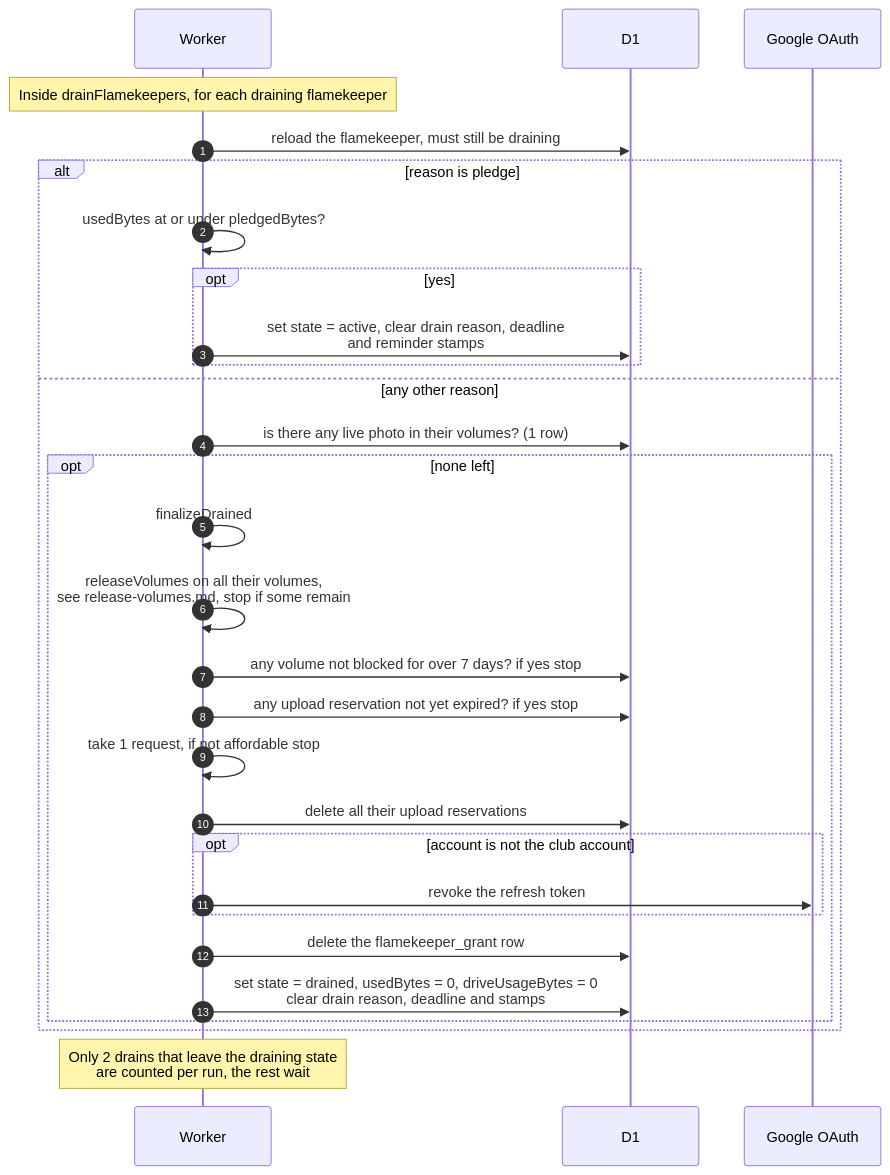
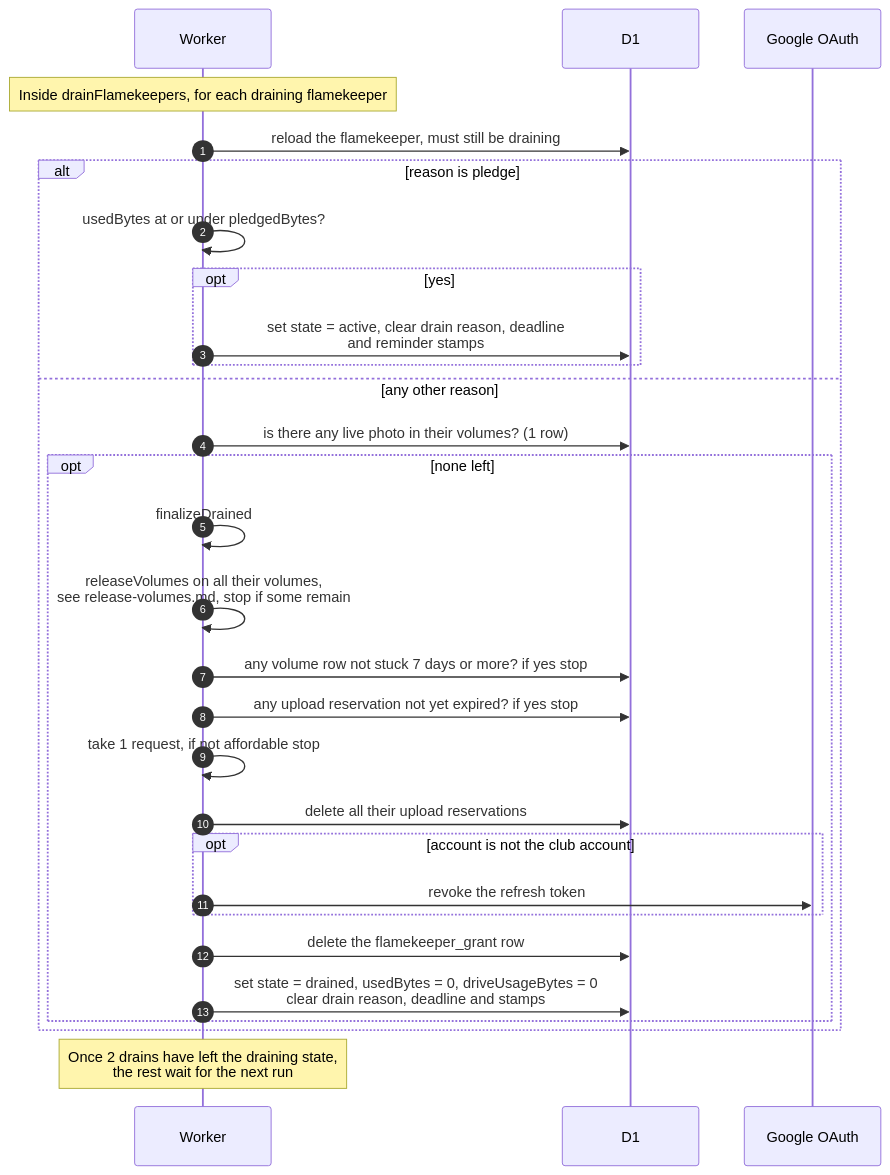
One commit to sagyzdop/meriksirat changed the diagram in docs/scenarios/cron/flamekeepers/drain-finish.md. Above: the diagram before and after it, drawn with Mermaid. The commit also changed other lines of this file and 10 other files, not shown here.

Commit message:
docs(scenarios): verify cron/flamekeepers diagrams against code

````diff
--- a/docs/scenarios/cron/flamekeepers/drain-finish.md
+++ b/docs/scenarios/cron/flamekeepers/drain-finish.md
@@ -39,32 +41,32 @@
 ```mermaid
 sequenceDiagram
     autonumber
     participant Worker
     participant D1
     participant GO as Google OAuth
 
     Note over Worker: Inside drainFlamekeepers, for each draining flamekeeper
     Worker->>D1: reload the flamekeeper, must still be draining
     alt reason is pledge
         Worker->>Worker: usedBytes at or under pledgedBytes?
         opt yes
             Worker->>D1: set state = active, clear drain reason, deadline<br/>and reminder stamps
         end
     else any other reason
         Worker->>D1: is there any live photo in their volumes? (1 row)
         opt none left
             Worker->>Worker: finalizeDrained
             Worker->>Worker: releaseVolumes on all their volumes,<br/>see release-volumes.md, stop if some remain
-            Worker->>D1: any volume not blocked for over 7 days? if yes stop
+            Worker->>D1: any volume row not stuck 7 days or more? if yes stop
             Worker->>D1: any upload reservation not yet expired? if yes stop
             Worker->>Worker: take 1 request, if not affordable stop
             Worker->>D1: delete all their upload reservations
             opt account is not the club account
                 Worker->>GO: revoke the refresh token
             end
             Worker->>D1: delete the flamekeeper_grant row
             Worker->>D1: set state = drained, usedBytes = 0, driveUsageBytes = 0<br/>clear drain reason, deadline and stamps
         end
     end
-    Note over Worker: Only 2 drains that leave the draining state<br/>are counted per run, the rest wait
+    Note over Worker: Once 2 drains have left the draining state,<br/>the rest wait for the next run
 ```
````
